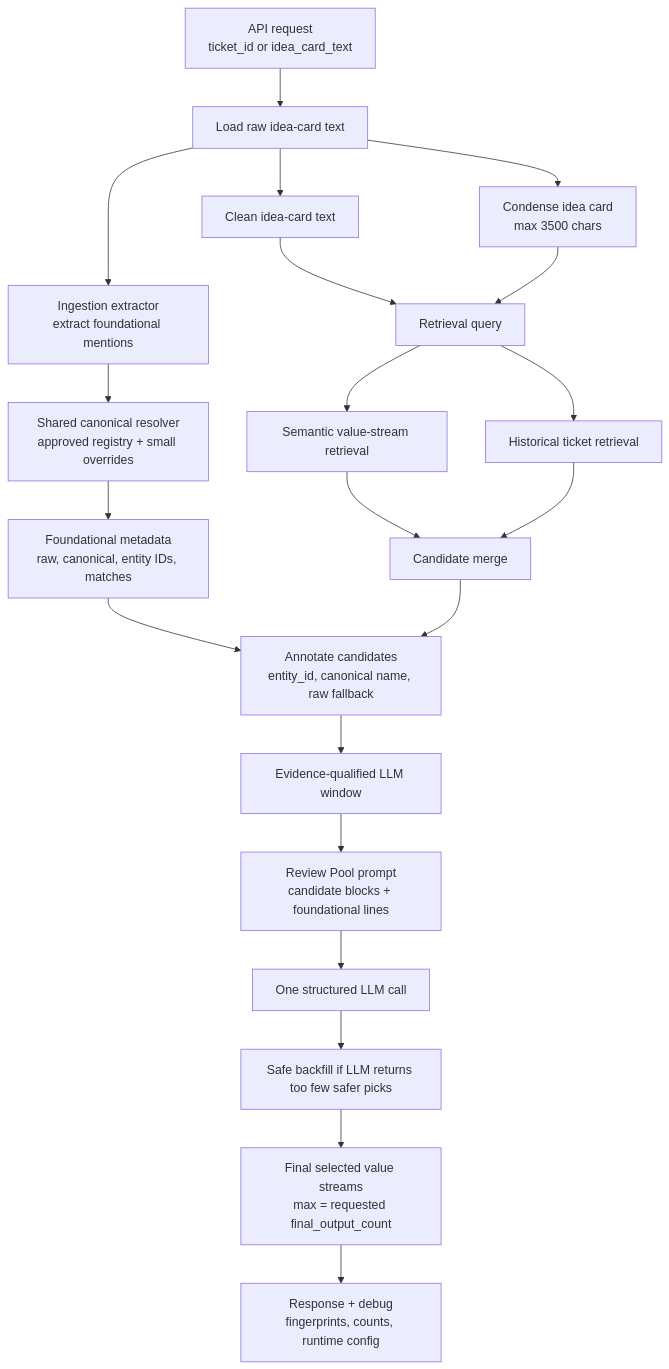
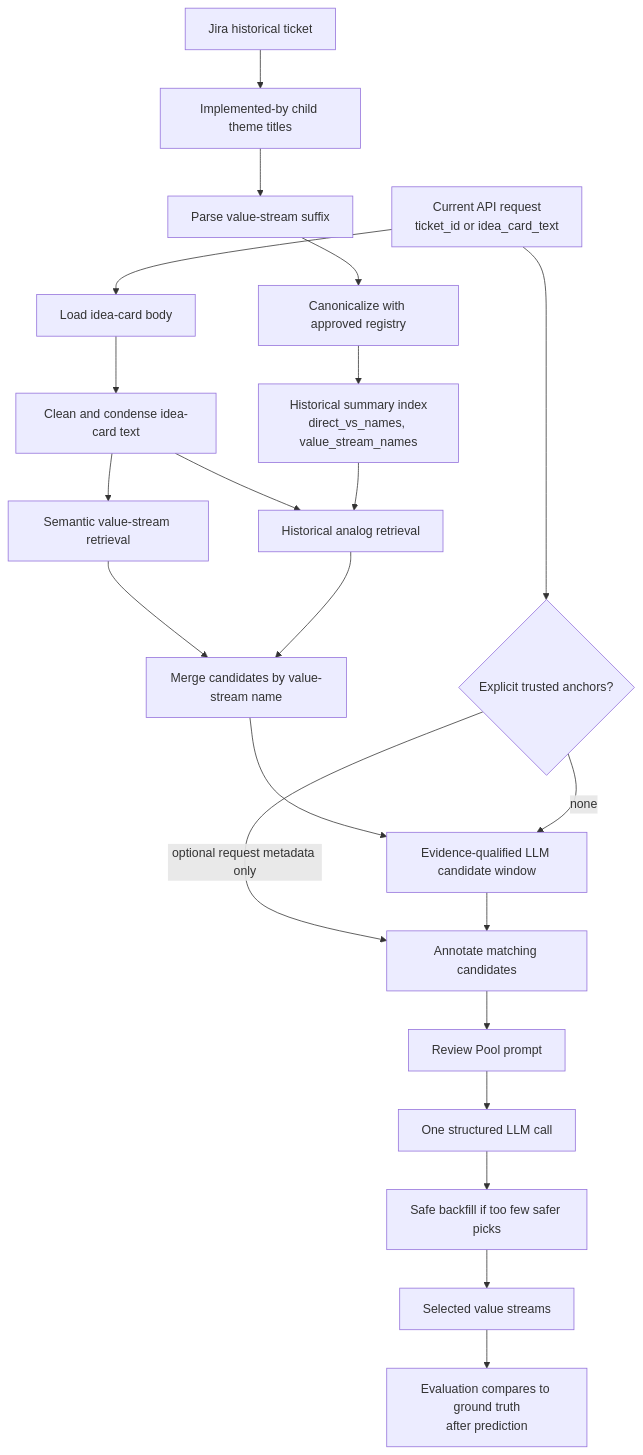
One commit to Soul-Eater69/vs changed the diagram in docs/rag_value_stream_architecture.md. Above: the diagram before and after it, drawn with Mermaid. The commit also changed other lines of this file and 14 other files, not shown here.

````diff
--- a/docs/rag_value_stream_architecture.md
+++ b/docs/rag_value_stream_architecture.md
@@ -46,28 +27,29 @@
 ```mermaid
 flowchart TD
-    A[API request<br/>ticket_id or idea_card_text] --> B[Load raw idea-card text]
-    B --> C[Ingestion extractor<br/>extract foundational mentions]
-    C --> D[Shared canonical resolver<br/>approved registry + small overrides]
-    D --> E[Foundational metadata<br/>raw, canonical, entity IDs, matches]
+    A[Jira historical ticket] --> B[Implemented-by child theme titles]
+    B --> C[Parse value-stream suffix]
+    C --> D[Canonicalize with approved registry]
+    D --> E[Historical summary index<br/>direct_vs_names, value_stream_names]
 
-    B --> F[Clean idea-card text]
-    B --> G[Condense idea card<br/>max 3500 chars]
-    F --> H[Retrieval query]
-    G --> H
+    F[Current API request<br/>ticket_id or idea_card_text] --> G[Load idea-card body]
+    G --> H[Clean and condense idea-card text]
+    H --> I[Semantic value-stream retrieval]
+    H --> J[Historical analog retrieval]
+    E --> J
 
-    H --> I[Semantic value-stream retrieval]
-    H --> J[Historical ticket retrieval]
+    I --> K[Merge candidates by value-stream name]
+    J --> K
+    K --> L[Evidence-qualified LLM candidate window]
 
-    I --> K[Candidate merge]
-    J --> K
-    E --> L[Annotate candidates<br/>entity_id, canonical name, raw fallback]
-    K --> L
+    F --> M{Explicit trusted anchors?}
+    M -->|optional request metadata only| N[Annotate matching candidates]
+    M -->|none| L
+    L --> N
 
-    L --> M[Evidence-qualified LLM window]
-    M --> N[Review Pool prompt<br/>candidate blocks + foundational lines]
-    N --> O[One structured LLM call]
-    O --> P[Safe backfill if LLM returns too few safer picks]
-    P --> Q[Final selected value streams<br/>max = requested final_output_count]
+    N --> O[Review Pool prompt]
+    O --> P[One structured LLM call]
+    P --> Q[Safe backfill if too few safer picks]
+    Q --> R[Selected value streams]
 
-    Q --> R[Response + debug<br/>fingerprints, counts, runtime config]
+    R --> S[Evaluation compares to ground truth<br/>after prediction]
 ```
````
